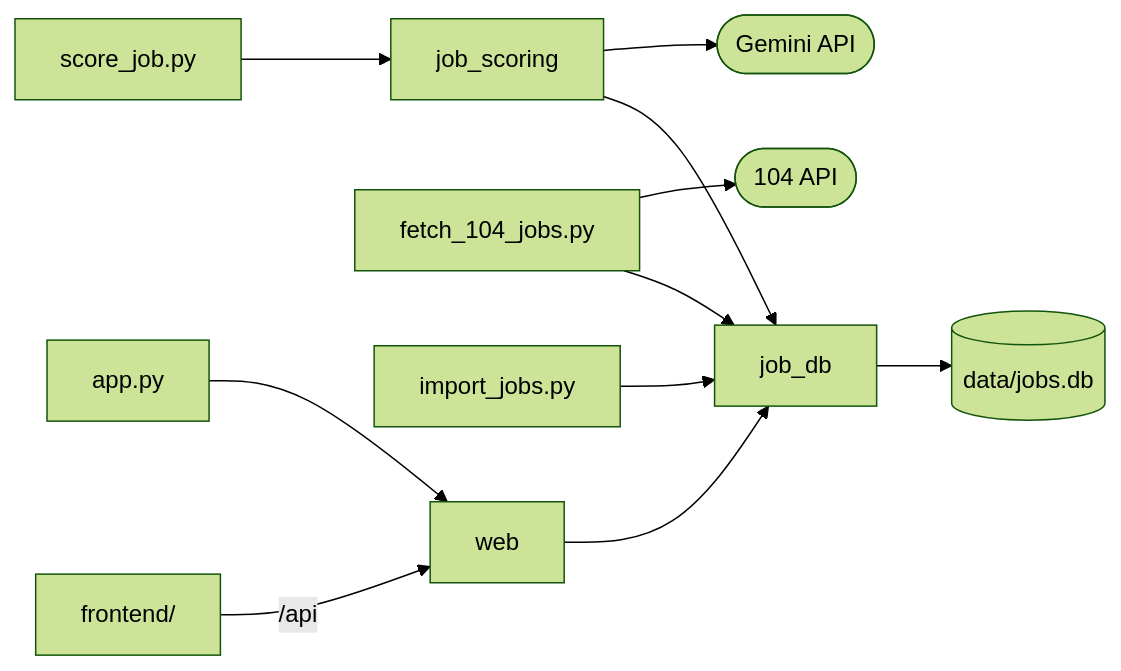
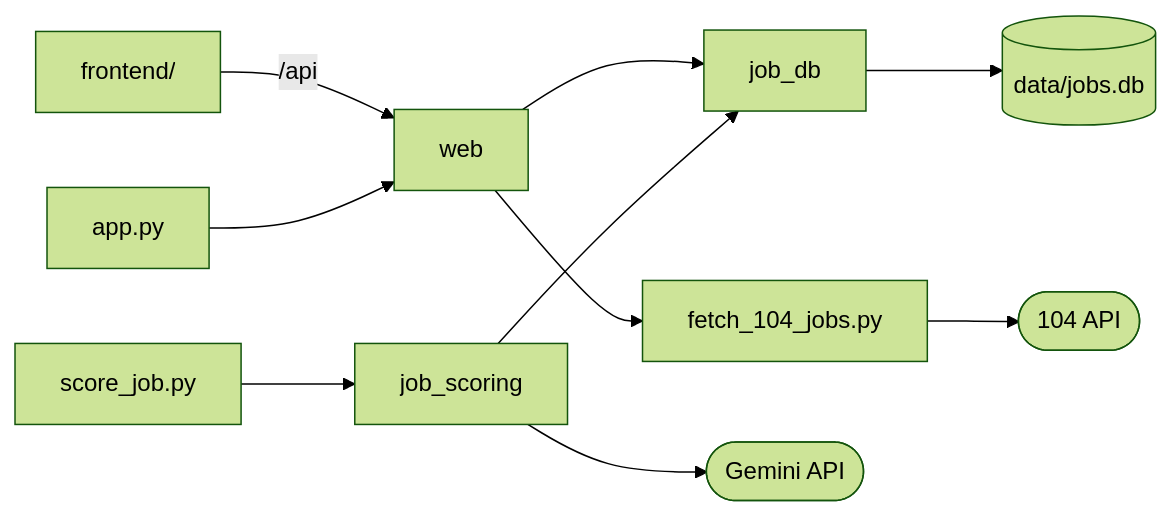
One commit to dlhdb/job-matching changed the diagram in docs/tech/architecture.md. Above: the diagram before and after it, drawn with Mermaid (forest theme). The commit also changed other lines of this file and 9 other files, not shown here.

````diff
--- a/docs/tech/architecture.md
+++ b/docs/tech/architecture.md
@@ -22,13 +21,12 @@
 ```mermaid
 flowchart LR
     frontend["frontend/"] -->|"/api"| web["web"]
     app["app.py"] --> web
     web --> jobdb["job_db"]
-    fetch["fetch_104_jobs.py"] --> jobdb
-    imp["import_jobs.py"] --> jobdb
+    web --> fetch["fetch_104_jobs.py"]
     score["score_job.py"] --> scoring["job_scoring"]
     scoring --> jobdb
     jobdb --> db[("data/jobs.db")]
     fetch --> api104(["104 API"])
     scoring --> gemini(["Gemini API"])
 ```
````
